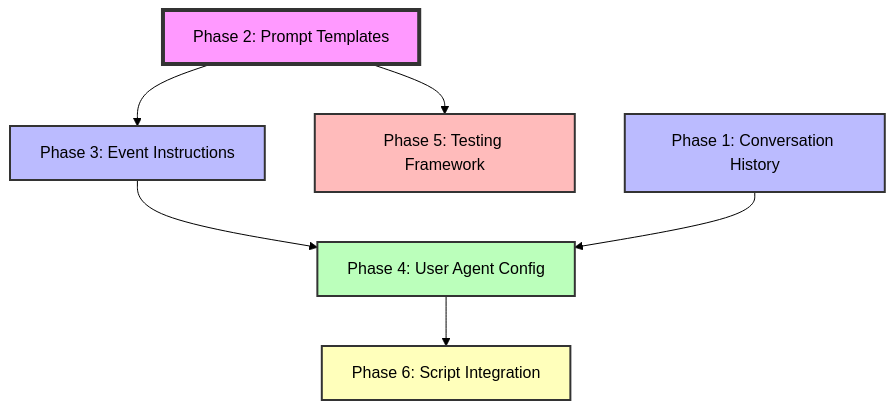
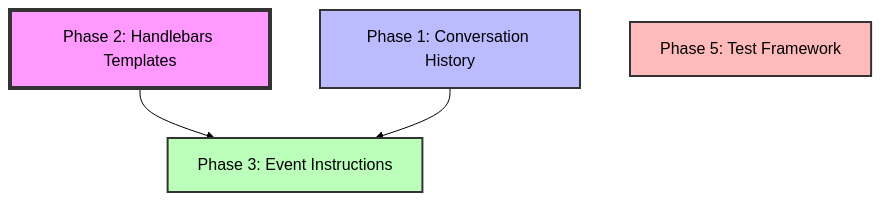
One commit to matusfaro/netget changed the diagram in docs/agent-enhancement/README.md. Above: the diagram before and after it, drawn with Mermaid (forest theme). The commit also changed other lines of this file and 7 other files, not shown here.

````diff
--- a/docs/agent-enhancement/README.md
+++ b/docs/agent-enhancement/README.md
@@ -27,15 +18,11 @@
 ```mermaid
 graph TD
-    P2[Phase 2: Prompt Templates] --> P3[Phase 3: Event Instructions]
-    P3 --> P4[Phase 4: User Agent Config]
-    P2 --> P5[Phase 5: Testing Framework]
-    P4 --> P6[Phase 6: Script Integration]
-    P1[Phase 1: Conversation History] --> P4
+    P2[Phase 2: Handlebars Templates] --> P3[Phase 3: Event Instructions]
+    P1[Phase 1: Conversation History] --> P3
+    P5[Phase 5: Test Framework]
 
     style P2 fill:#f9f,stroke:#333,stroke-width:4px
     style P1 fill:#bbf,stroke:#333,stroke-width:2px
-    style P3 fill:#bbf,stroke:#333,stroke-width:2px
-    style P4 fill:#bfb,stroke:#333,stroke-width:2px
+    style P3 fill:#bfb,stroke:#333,stroke-width:2px
     style P5 fill:#fbb,stroke:#333,stroke-width:2px
-    style P6 fill:#ffb,stroke:#333,stroke-width:2px
 ```
````
